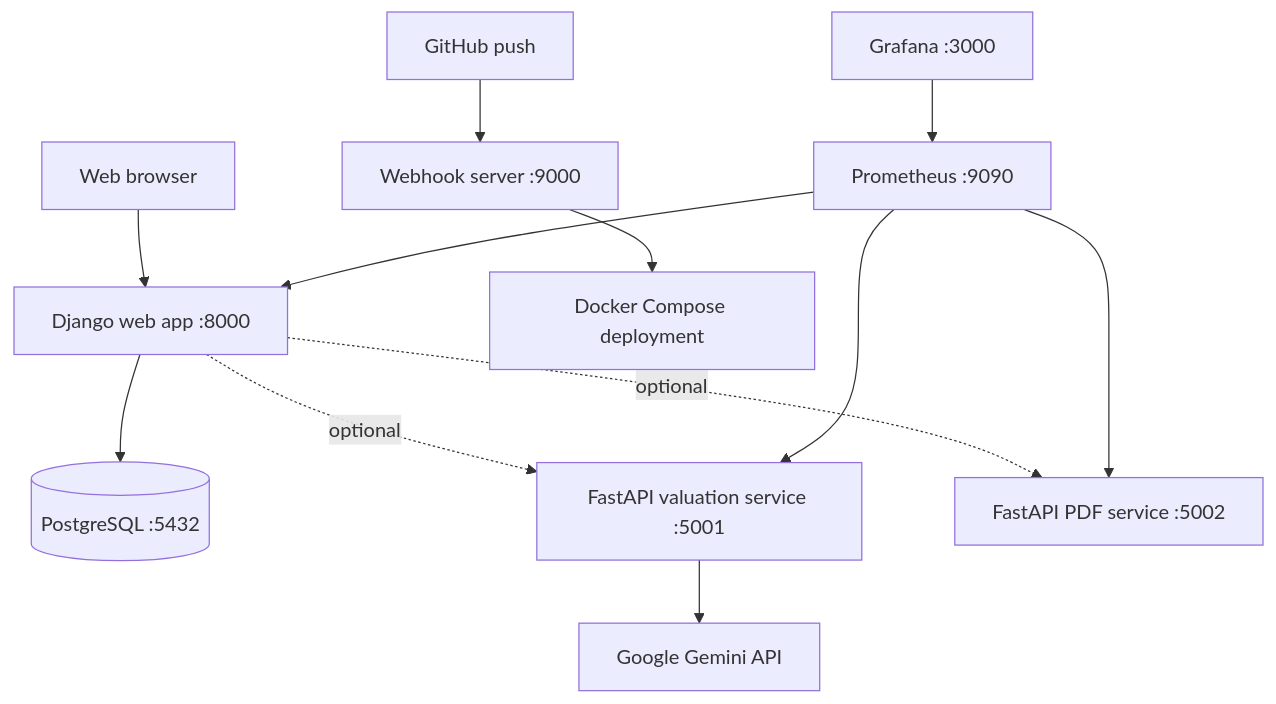
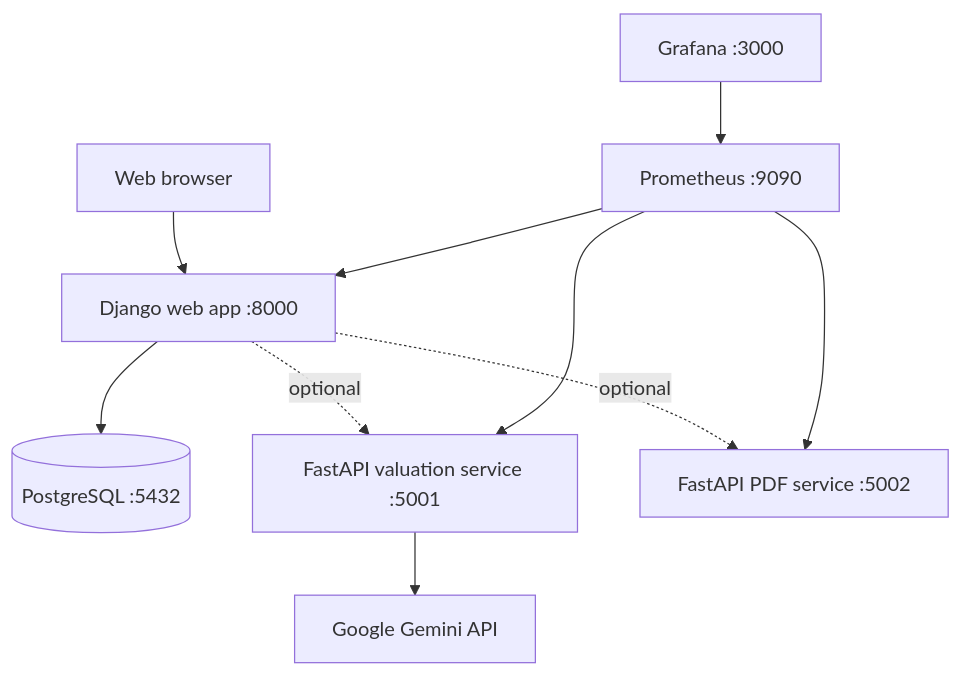
The diagram in README.md (iamrajvardhanmall/Car-Loan-Calculator), drawn with Mermaid before and after one commit. The commit also changed other lines of this file and 10 other files, not shown here.

````diff
--- a/README.md
+++ b/README.md
@@ -64,14 +64,12 @@
 ```mermaid
 graph TD
     Browser[Web browser] --> Django[Django web app :8000]
     Django --> Database[(PostgreSQL :5432)]
     Django -. optional .-> Valuation[FastAPI valuation service :5001]
     Django -. optional .-> PDF[FastAPI PDF service :5002]
     Valuation --> Gemini[Google Gemini API]
     Prometheus[Prometheus :9090] --> Django
     Prometheus --> Valuation
     Prometheus --> PDF
     Grafana[Grafana :3000] --> Prometheus
-    GitHub[GitHub push] --> Webhook[Webhook server :9000]
-    Webhook --> Docker[Docker Compose deployment]
 ```
````
